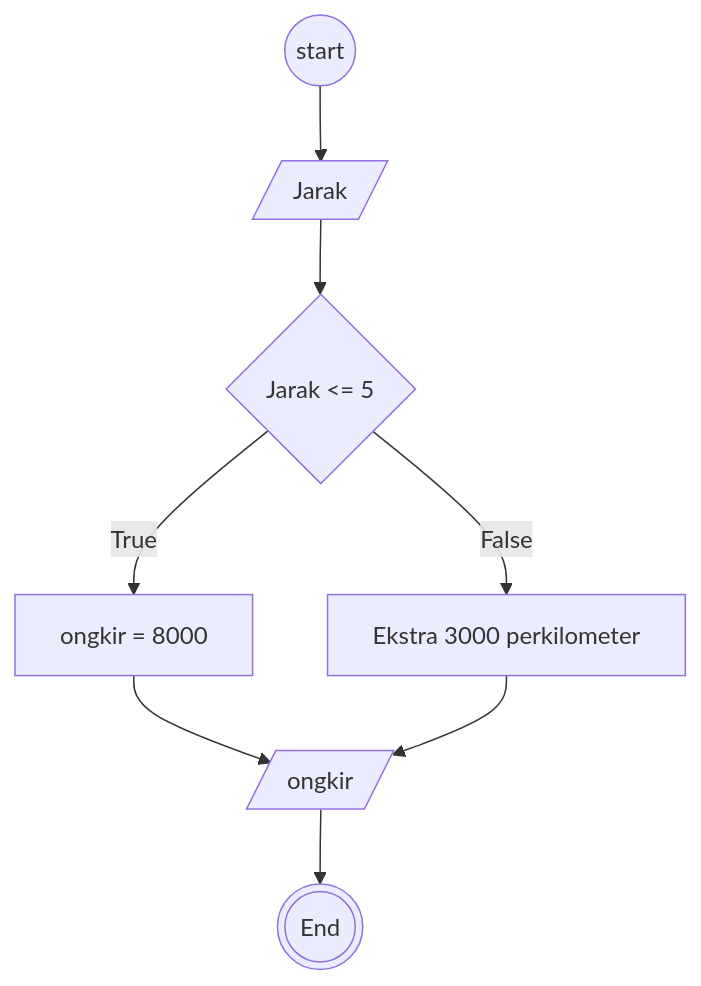
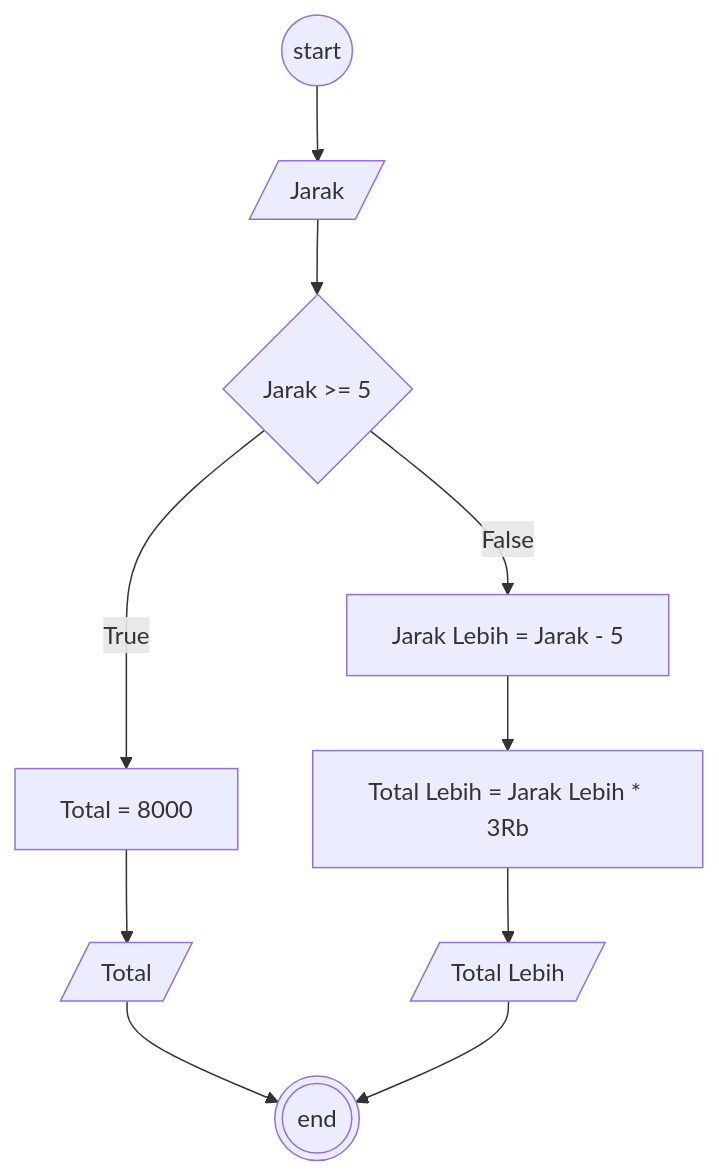
One commit to MohamadDimasPrayoga1010/koda-b4-algoritma changed the diagram in minitask8.md. Above: the diagram before and after it, drawn with Mermaid.

````diff
--- a/minitask8.md
+++ b/minitask8.md
@@ -3,9 +3,9 @@
 ```mermaid
 
 flowchart TD
 
 
-Start((start)) --> Jarak[/Jarak/] --> Decision{Jarak <= 5} -- True -->ongkir1[ongkir = 8000] -->ongkir[/ongkir/]
+Start((start)) --> Jarak[/Jarak/] --> Decision{Jarak >= 5} -- True -->ongkir1[Total = 8000] -->TotalLebih[/Total/] -->End(((end)))
 
-Decision{Jarak <= 5} -- False -->ongkir2[Ekstra 3000 perkilometer]  -->ongkir[/ongkir/] --> Stop(((End))) 
+Decision{Jarak >= 5} -- False -->ongkir2[Jarak Lebih = Jarak - 5]  -->ongkir[Total Lebih = Jarak Lebih * 3Rb] -->JarakLebih[/Total Lebih/] -->End(((end)))
 ```
````
